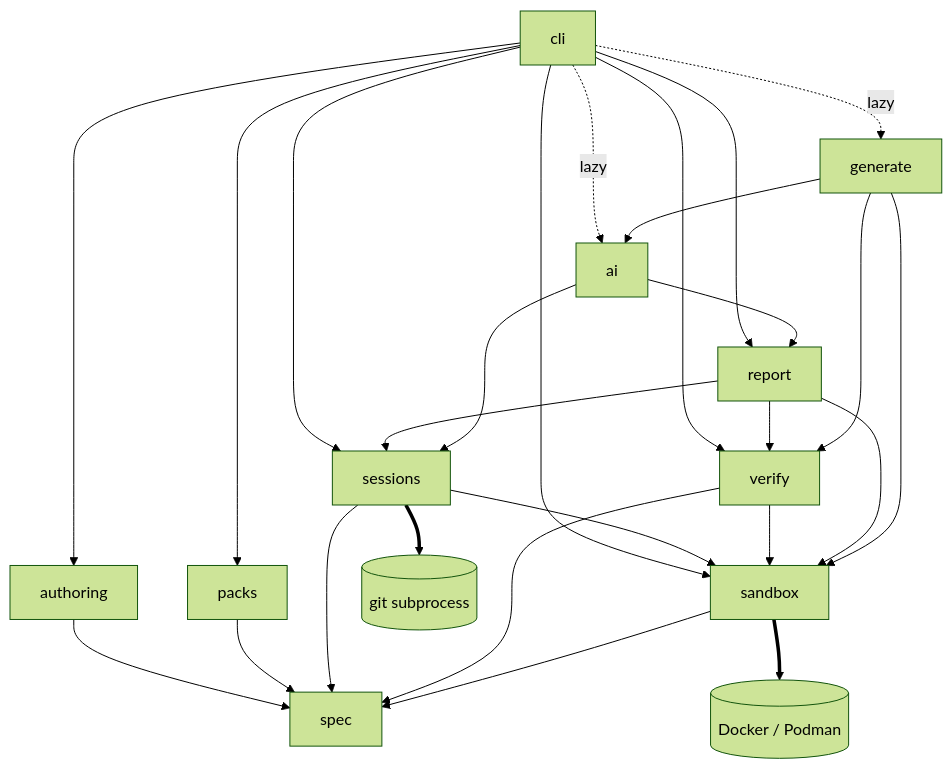
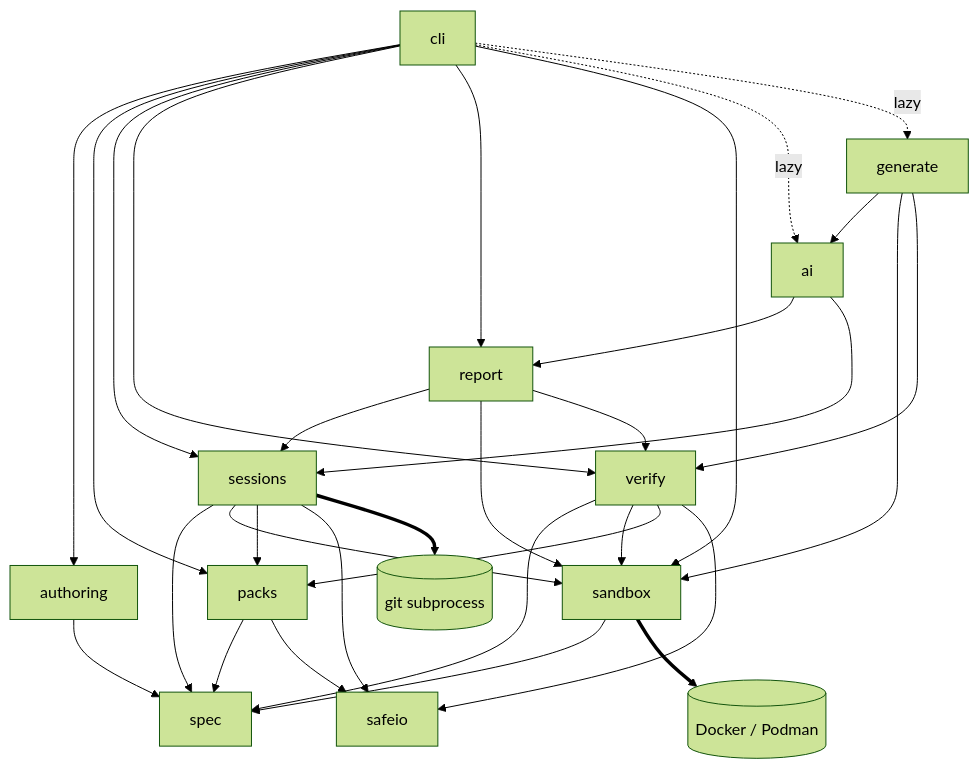
One commit to franndeli/patchground changed the diagram in architecture.md. Above: the diagram before and after it, drawn with Mermaid (forest theme). The commit also changed other lines of this file and 45 other files, not shown here.

````diff
--- a/architecture.md
+++ b/architecture.md
@@ -18,15 +18,15 @@
 ```mermaid
 flowchart TD
   cli --> authoring & packs & sessions & verify & report & sandbox
   authoring --> spec
   cli -. lazy .-> ai & generate
-  packs --> spec
-  sessions --> spec & sandbox
-  verify --> spec & sandbox
+  packs --> spec & safeio
+  sessions --> spec & sandbox & packs & safeio
+  verify --> spec & sandbox & packs & safeio
   report --> sessions & sandbox & verify
   sandbox --> spec
   ai --> report & sessions
   generate --> ai & sandbox & verify
   sandbox ==> docker[(Docker / Podman)]
   sessions ==> git[(git subprocess)]
 ```
````
